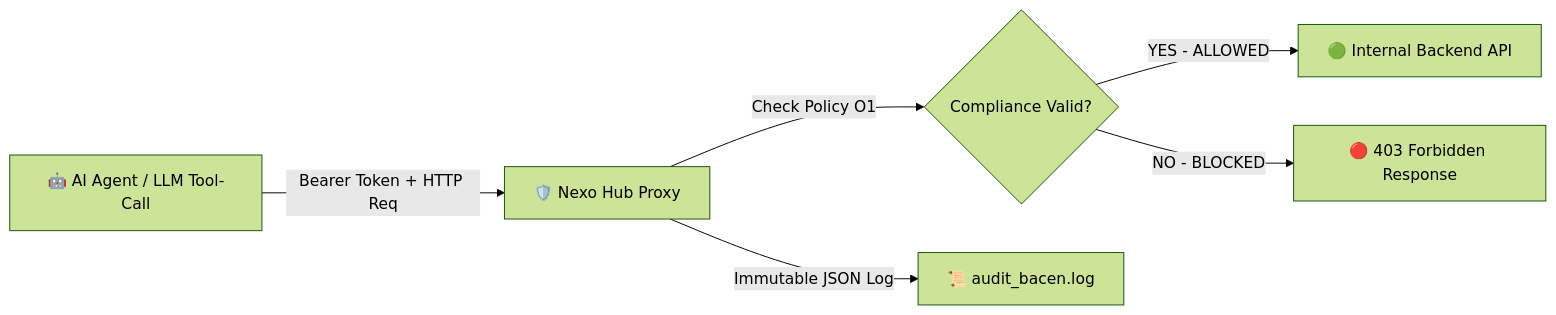
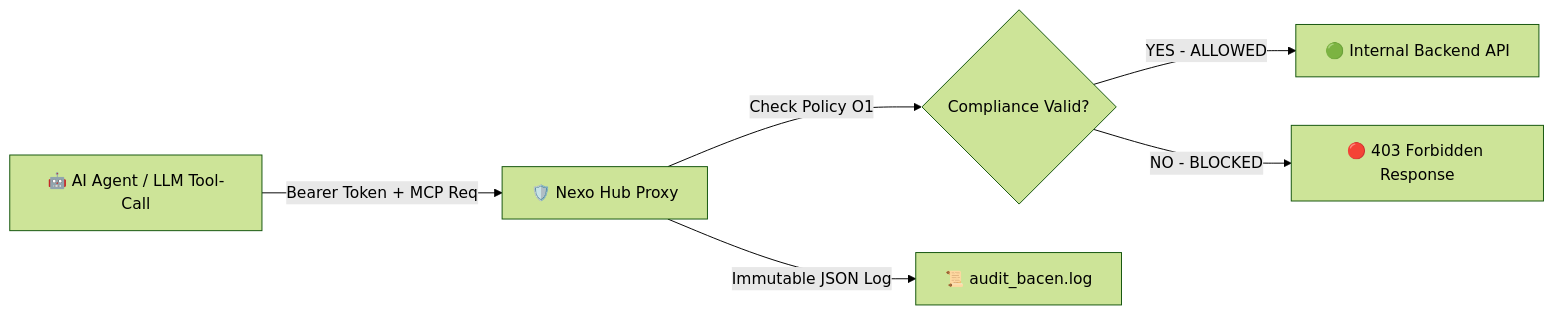
The diagram in README.md (pedrodawybida/aegis-core), drawn with Mermaid (forest theme) before and after one commit. The commit also changed other lines of this file and 2 other files, not shown here.

Commit message:
feat(nsep): complete Phase 5 growth loops, visual execution replay dashboard, and README token benchmarks

````diff
--- a/README.md
+++ b/README.md
@@ -29,8 +30,8 @@
 ```mermaid
 flowchart LR
-    A[🤖 AI Agent / LLM Tool-Call] -->|Bearer Token + HTTP Req| B[🛡️ Nexo Hub Proxy]
+    A[🤖 AI Agent / LLM Tool-Call] -->|Bearer Token + MCP Req| B[🛡️ Nexo Hub Proxy]
     B -->|Check Policy O1| C{Compliance Valid?}
     C -->|YES - ALLOWED| D[🟢 Internal Backend API]
     C -->|NO - BLOCKED| E[🔴 403 Forbidden Response]
     B -->|Immutable JSON Log| F[📜 audit_bacen.log]
 ```
````
